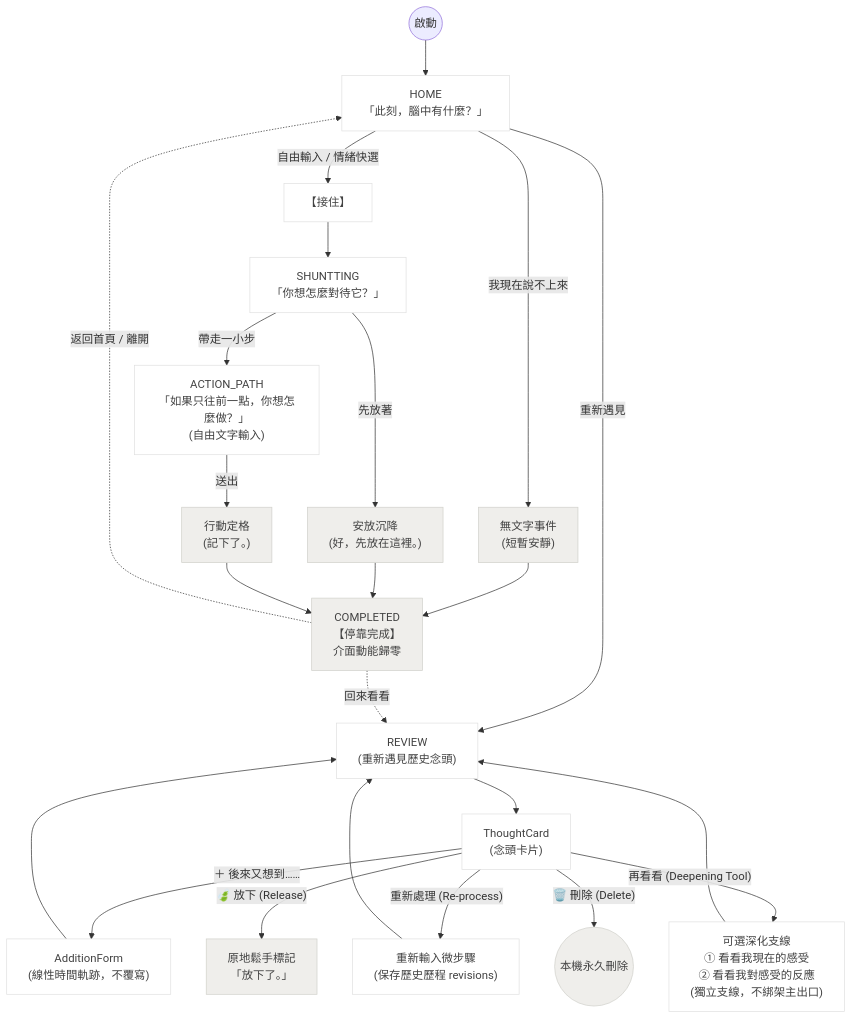
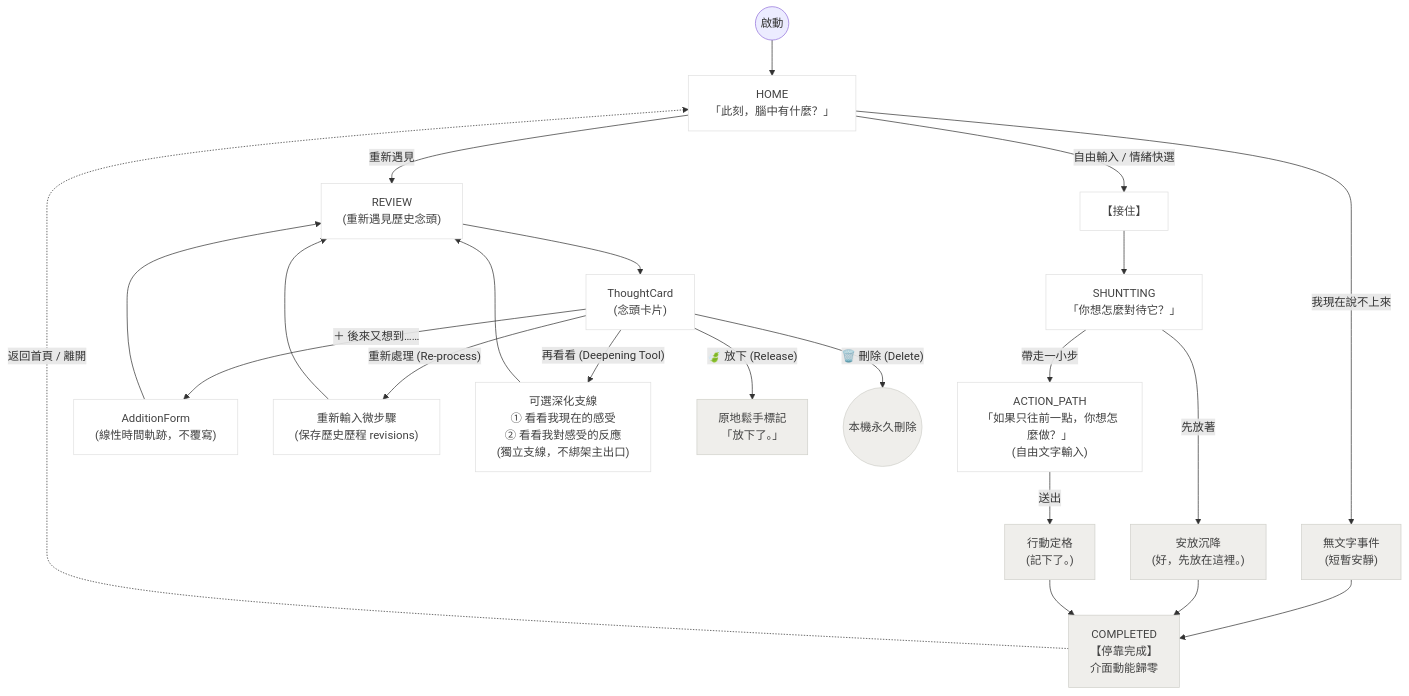
One commit to q5089877/privateMind changed the diagram in flow_diagram.md. Above: the diagram before and after it, drawn with Mermaid. The commit also changed 2 other files, not shown here.

Commit message:
refactor: remove reviewPast exit from CompletionScreen

````diff
--- a/flow_diagram.md
+++ b/flow_diagram.md
@@ -1,49 +1,48 @@
 ```mermaid
 flowchart TD
     %% 進入點
     Start(("啟動")) --> HOME["HOME\n「此刻，腦中有什麼？」"]
 
     %% HOME 選擇
     HOME -- "自由輸入 / 情緒快選" --> RECEIVE["【接住】"]
     HOME -- "我現在說不上來" --> UNPOKEN["無文字事件\n(短暫安靜)"]
     HOME -- "重新遇見" --> REVIEW["REVIEW\n(重新遇見歷史念頭)"]
 
     RECEIVE --> SHUNTTING["SHUNTTING\n「你想怎麼對待它？」"]
 
     %% SHUNTTING 只有二選一
     SHUNTTING -- "先放著" --> DEPOSIT_END["安放沉降\n(好，先放在這裡。)"]
     SHUNTTING -- "帶走一小步" --> ACTION_PATH["ACTION_PATH\n「如果只往前一點，你想怎麼做？」\n(自由文字輸入)"]
     ACTION_PATH -- "送出" --> ACTION_END["行動定格\n(記下了。)"]
 
     %% 停靠完成態（動能歸零）
     UNPOKEN --> COMPLETED["COMPLETED\n【停靠完成】\n介面動能歸零"]
     DEPOSIT_END --> COMPLETED
     ACTION_END --> COMPLETED
 
-    %% 停靠後出口
-    COMPLETED -. "回來看看" .-> REVIEW
+    %% 停靠後唯一出口（離開）
     COMPLETED -. "返回首頁 / 離開" .-> HOME
 
     %% 重新遇見 (REVIEW) 與卡片互動模組
     REVIEW --> TCARD["ThoughtCard\n(念頭卡片)"]
     
     %% 卡片支線操作
     TCARD -- "＋ 後來又想到……" --> ADDITION_REVIEW["AdditionForm\n(線性時間軌跡，不覆寫)"]
     ADDITION_REVIEW --> REVIEW
     
     TCARD -- "重新處理 (Re-process)" --> REPROCESS["重新輸入微步驟\n(保存歷史歷程 revisions)"]
     REPROCESS --> REVIEW
     
     TCARD -- "再看看 (Deepening Tool)" --> DEEPEN["可選深化支線\n① 看看我現在的感受\n② 看看我對感受的反應\n(獨立支線，不綁架主出口)"]
     DEEPEN --> REVIEW
 
     TCARD -- "🍃 放下 (Release)" --> RELEASE_STATE["原地鬆手標記\n「放下了。」"]
     TCARD -- "🗑️ 刪除 (Delete)" --> DELETE_STATE(("本機永久刪除"))
 
     %% 樣式定義
     classDef state fill:#FFFFFF,stroke:#E0E0E0,stroke-width:1px,color:#424242;
     classDef ending fill:#EFEEEB,stroke:#D1D1CB,stroke-width:1px,color:#424242;
     
     class HOME,RECEIVE,SHUNTTING,ACTION_PATH,REVIEW,ADDITION_REVIEW,TCARD,REPROCESS,DEEPEN state;
     class COMPLETED,DEPOSIT_END,ACTION_END,UNPOKEN,RELEASE_STATE,DELETE_STATE ending;
 ```
````
